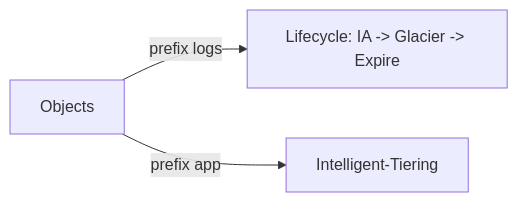
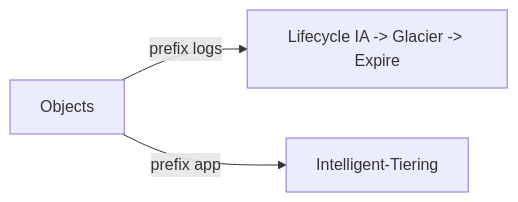
One commit to niceguy61/aws-saa-lecture-2026 changed the diagram in aws-saa/week04-domain04-cost-optimized-architectures/day03/01-theory.md. Above: the diagram before and after it, drawn with Mermaid. The commit also changed 4 other files, not shown here.

Commit message:
Add mermaid lint script for docs

````diff
--- a/aws-saa/week04-domain04-cost-optimized-architectures/day03/01-theory.md
+++ b/aws-saa/week04-domain04-cost-optimized-architectures/day03/01-theory.md
@@ -26,5 +26,5 @@
 ```mermaid
 flowchart LR
-  Data[Objects] -->|prefix logs| Rule1[Lifecycle: IA -> Glacier -> Expire]
+  Data[Objects] -->|prefix logs| Rule1[Lifecycle IA -> Glacier -> Expire]
   Data -->|prefix app| Rule2[Intelligent-Tiering]
 ```
````
